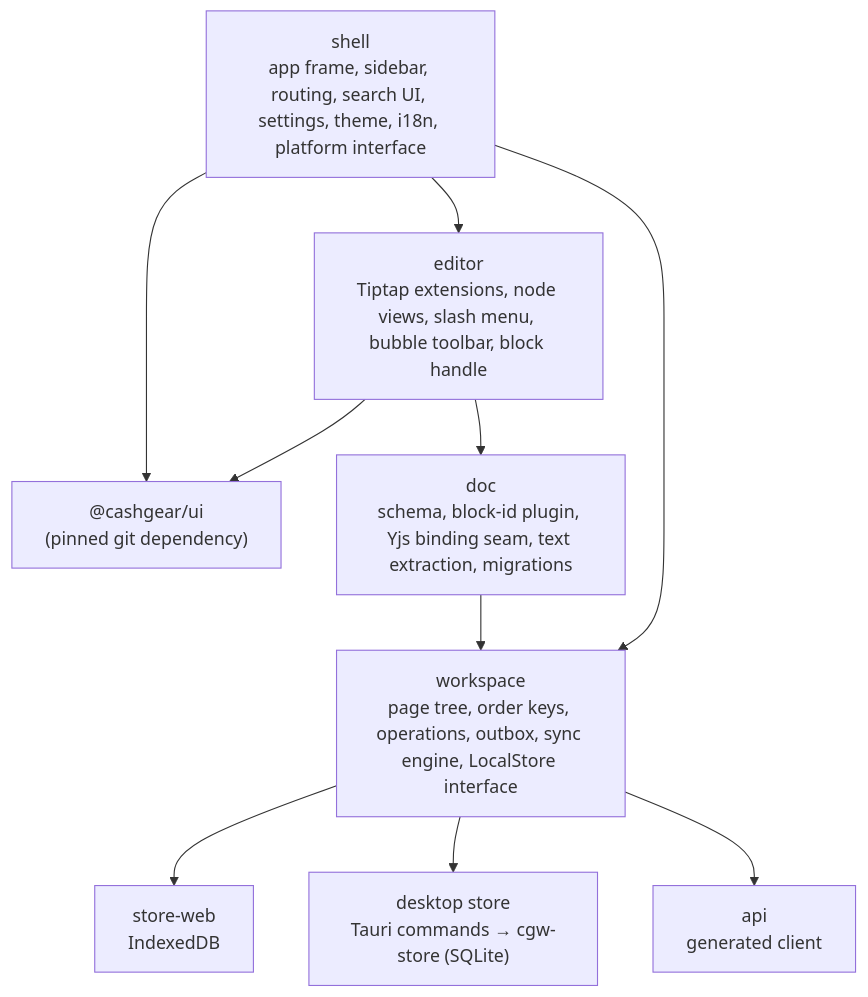
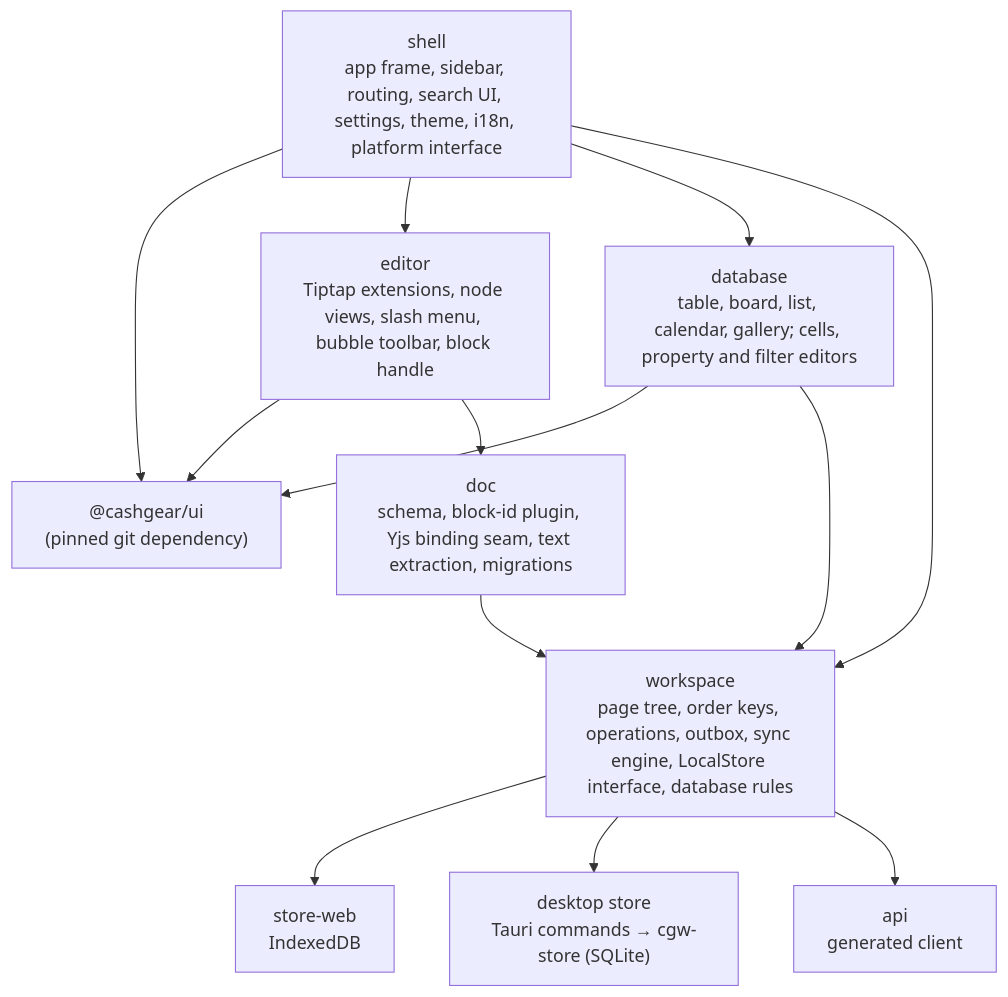
Before and after one commit to MohamedSadat/cashgear-workspace: the second of 3 diagrams in docs/ARCHITECTURE.md, drawn with Mermaid. The commit also changed other lines of this file and 5 other files, not shown here.

````diff
--- a/docs/ARCHITECTURE.md
+++ b/docs/ARCHITECTURE.md
@@ -133,21 +134,25 @@
 ```mermaid
 flowchart TB
   UI["@cashgear/ui<br/>(pinned git dependency)"]
   Shell["shell<br/>app frame, sidebar, routing, search UI, settings, theme, i18n, platform interface"]
   Editor["editor<br/>Tiptap extensions, node views, slash menu, bubble toolbar, block handle"]
+  Database["database<br/>table, board, list, calendar, gallery; cells, property and filter editors"]
   Doc["doc<br/>schema, block-id plugin, Yjs binding seam, text extraction, migrations"]
-  Workspace["workspace<br/>page tree, order keys, operations, outbox, sync engine, LocalStore interface"]
+  Workspace["workspace<br/>page tree, order keys, operations, outbox, sync engine, LocalStore interface, database rules"]
   StoreWeb["store-web<br/>IndexedDB"]
   StoreDesk["desktop store<br/>Tauri commands → cgw-store (SQLite)"]
   Api["api<br/>generated client"]
 
   Shell --> UI
   Editor --> UI
+  Database --> UI
   Shell --> Editor
+  Shell --> Database
+  Database --> Workspace
   Shell --> Workspace
   Editor --> Doc
   Doc --> Workspace
   Workspace --> StoreWeb
   Workspace --> StoreDesk
   Workspace --> Api
 ```
````
